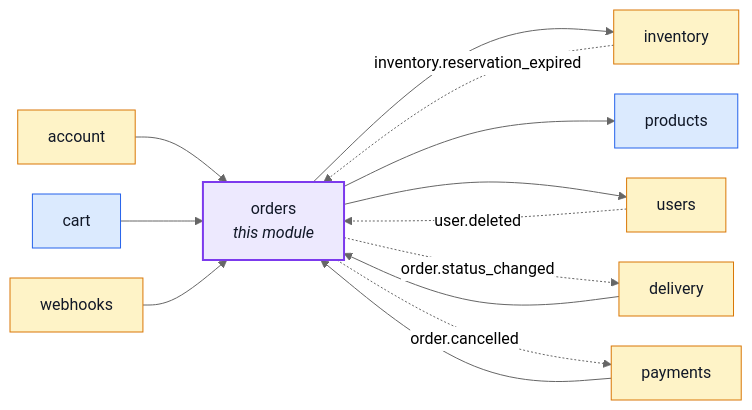
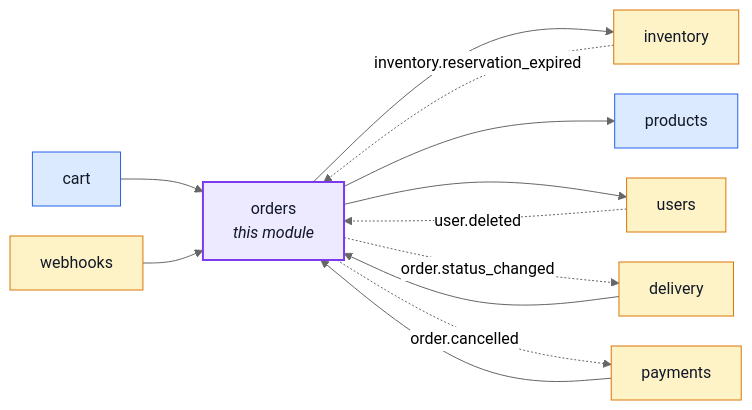
Before and after one commit to Guebbit/boilerplate-node-backend: the first of 3 diagrams in docs/modules/orders.md, drawn with Mermaid (neutral theme). The commit also changed 35 other files, not shown here.

````diff
--- a/docs/modules/orders.md
+++ b/docs/modules/orders.md
@@ -16,34 +16,32 @@
 ```mermaid
 %%{init: {'flowchart': {'nodeSpacing': 30, 'rankSpacing': 60}}}%%
 flowchart LR
     orders["orders<br/><i>this module</i>"]
-    account["account"]
     cart["cart"]
     delivery["delivery"]
     inventory["inventory"]
     payments["payments"]
     products["products"]
     users["users"]
     webhooks["webhooks"]
 
-    account --> orders
     cart --> orders
     delivery --> orders
     payments --> orders
     webhooks --> orders
     orders --> inventory
     orders --> products
     orders --> users
     inventory -. "inventory.reservation_expired" .-> orders
     users -. "user.deleted" .-> orders
     orders -. "order.status_changed" .-> delivery
     orders -. "order.cancelled" .-> payments
 
     classDef core fill:#dbeafe,stroke:#2563eb,color:#111827;
     classDef supporting fill:#fef3c7,stroke:#d97706,color:#111827;
     classDef generic fill:#dcfce7,stroke:#16a34a,color:#111827;
     classDef centre fill:#ede9fe,stroke:#7c3aed,stroke-width:2px,color:#111827;
     class cart,products core;
-    class account,delivery,inventory,payments,users,webhooks supporting;
+    class delivery,inventory,payments,users,webhooks supporting;
     class orders centre;
 ```
````
